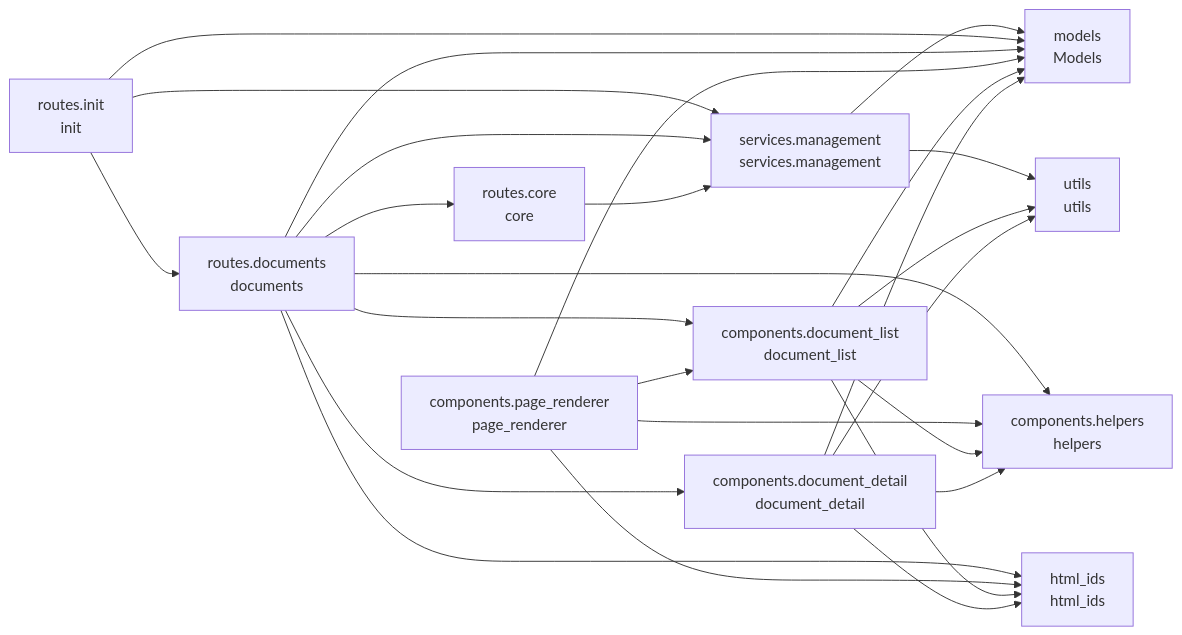
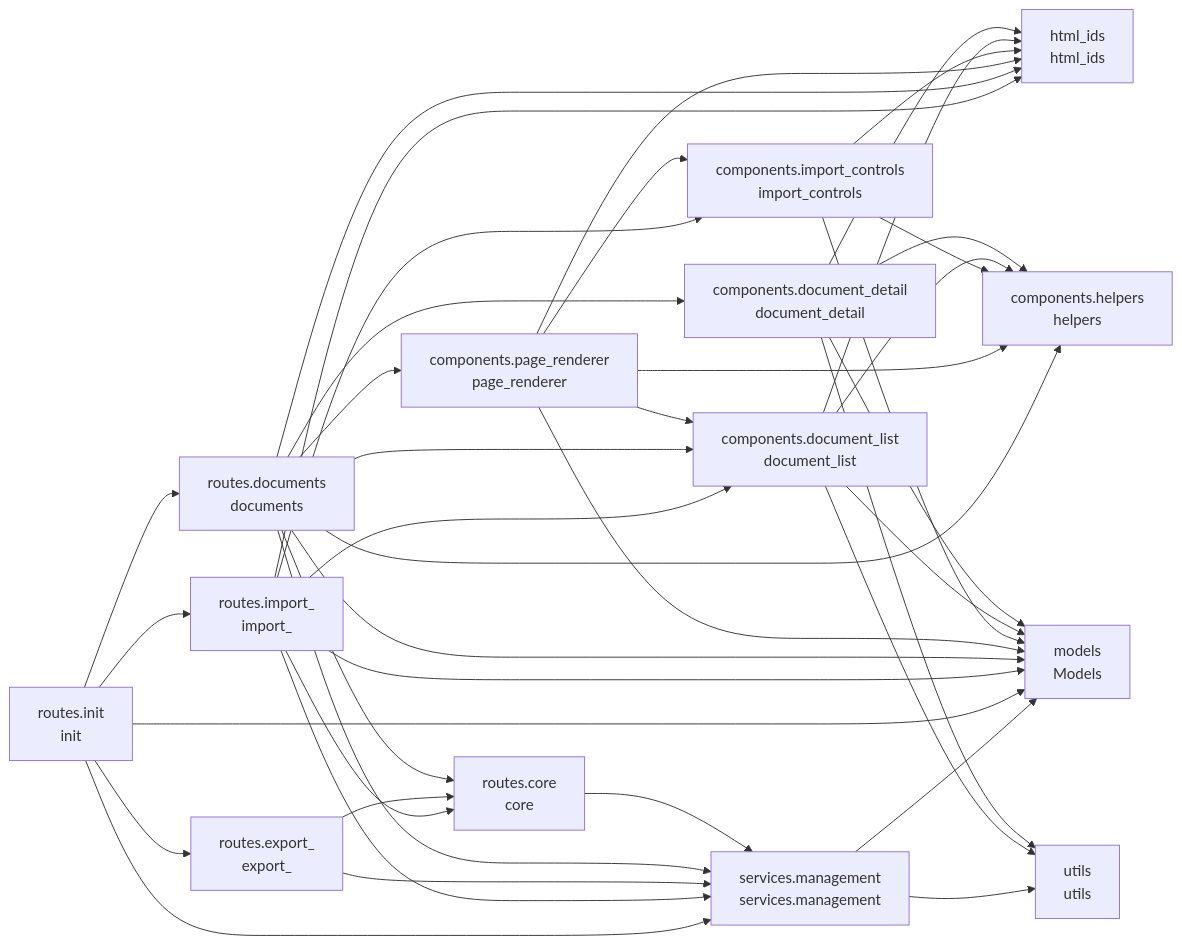
The diagram in README.md (cj-mills/cjm-transcript-workflow-management), drawn with Mermaid before and after one commit. The commit also changed other lines of this file and 21 other files, not shown here.

Commit message:
Phase 5: Add import/export routes with file download, file upload with merge strategies, and OOB list refresh, plus management_page route for full-page HTMX navigation.

````diff
--- a/README.md
+++ b/README.md
@@ -34,40 +37,58 @@
 ``` mermaid
 graph LR
     components_document_detail[components.document_detail<br/>document_detail]
     components_document_list[components.document_list<br/>document_list]
     components_helpers[components.helpers<br/>helpers]
+    components_import_controls[components.import_controls<br/>import_controls]
     components_page_renderer[components.page_renderer<br/>page_renderer]
     html_ids[html_ids<br/>html_ids]
     models[models<br/>Models]
     routes_core[routes.core<br/>core]
     routes_documents[routes.documents<br/>documents]
+    routes_export_[routes.export_<br/>export_]
+    routes_import_[routes.import_<br/>import_]
     routes_init[routes.init<br/>init]
     services_management[services.management<br/>services.management]
     utils[utils<br/>utils]
 
+    components_document_detail --> html_ids
+    components_document_detail --> models
     components_document_detail --> utils
     components_document_detail --> components_helpers
-    components_document_detail --> models
-    components_document_detail --> html_ids
+    components_document_list --> html_ids
     components_document_list --> utils
+    components_document_list --> components_helpers
     components_document_list --> models
-    components_document_list --> html_ids
-    components_document_list --> components_helpers
-    components_page_renderer --> models
+    components_import_controls --> html_ids
+    components_import_controls --> components_helpers
+    components_import_controls --> models
     components_page_renderer --> html_ids
     components_page_renderer --> components_document_list
+    components_page_renderer --> models
     components_page_renderer --> components_helpers
+    components_page_renderer --> components_import_controls
     routes_core --> services_management
+    routes_documents --> html_ids
+    routes_documents --> components_helpers
     routes_documents --> services_management
+    routes_documents --> components_page_renderer
     routes_documents --> routes_core
+    routes_documents --> components_document_list
     routes_documents --> components_document_detail
-    routes_documents --> components_document_list
     routes_documents --> models
-    routes_documents --> components_helpers
-    routes_documents --> html_ids
+    routes_export_ --> services_management
+    routes_export_ --> routes_core
+    routes_import_ --> html_ids
+    routes_import_ --> services_management
+    routes_import_ --> models
+    routes_import_ --> routes_core
+    routes_import_ --> components_document_list
+    routes_import_ --> components_import_controls
+    routes_init --> routes_documents
     routes_init --> services_management
+    routes_init --> routes_export_
+    routes_init --> routes_import_
     routes_init --> models
-    routes_init --> routes_documents
     services_management --> models
     services_management --> utils
 ```
````
